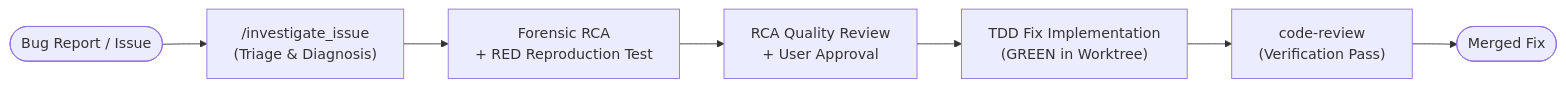
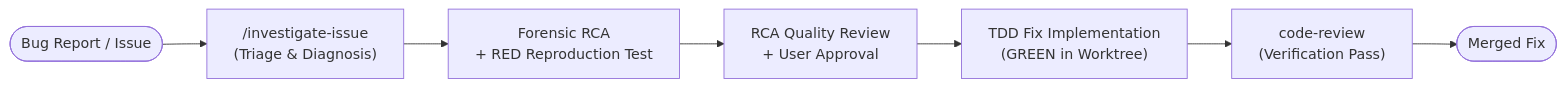
Before and after one commit to allanbian1017/skills: the second of 2 diagrams in skills/development/README.md, drawn with Mermaid. The commit also changed other lines of this file and 21 other files, not shown here.

````diff
--- a/skills/development/README.md
+++ b/skills/development/README.md
@@ -33,9 +33,9 @@
 ```mermaid
 flowchart LR
-    Report([Bug Report / Issue]) --> triage["/investigate_issue\n(Triage & Diagnosis)"]
+    Report([Bug Report / Issue]) --> triage["/investigate-issue\n(Triage & Diagnosis)"]
     triage --> rca["Forensic RCA\n+ RED Reproduction Test"]
     rca --> rca_review["RCA Quality Review\n+ User Approval"]
     rca_review --> fix["TDD Fix Implementation\n(GREEN in Worktree)"]
     fix --> review["code-review\n(Verification Pass)"]
     review --> merge_fix([Merged Fix])
 ```
````
